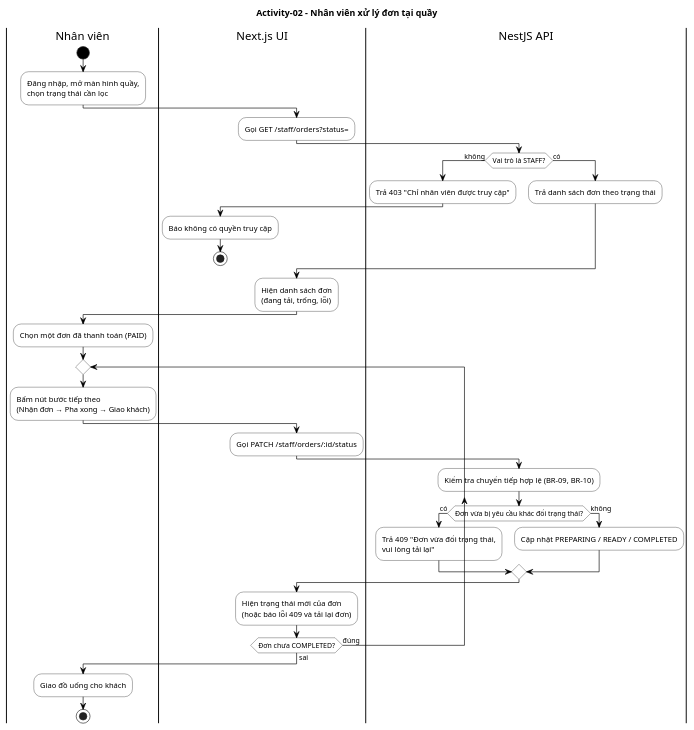
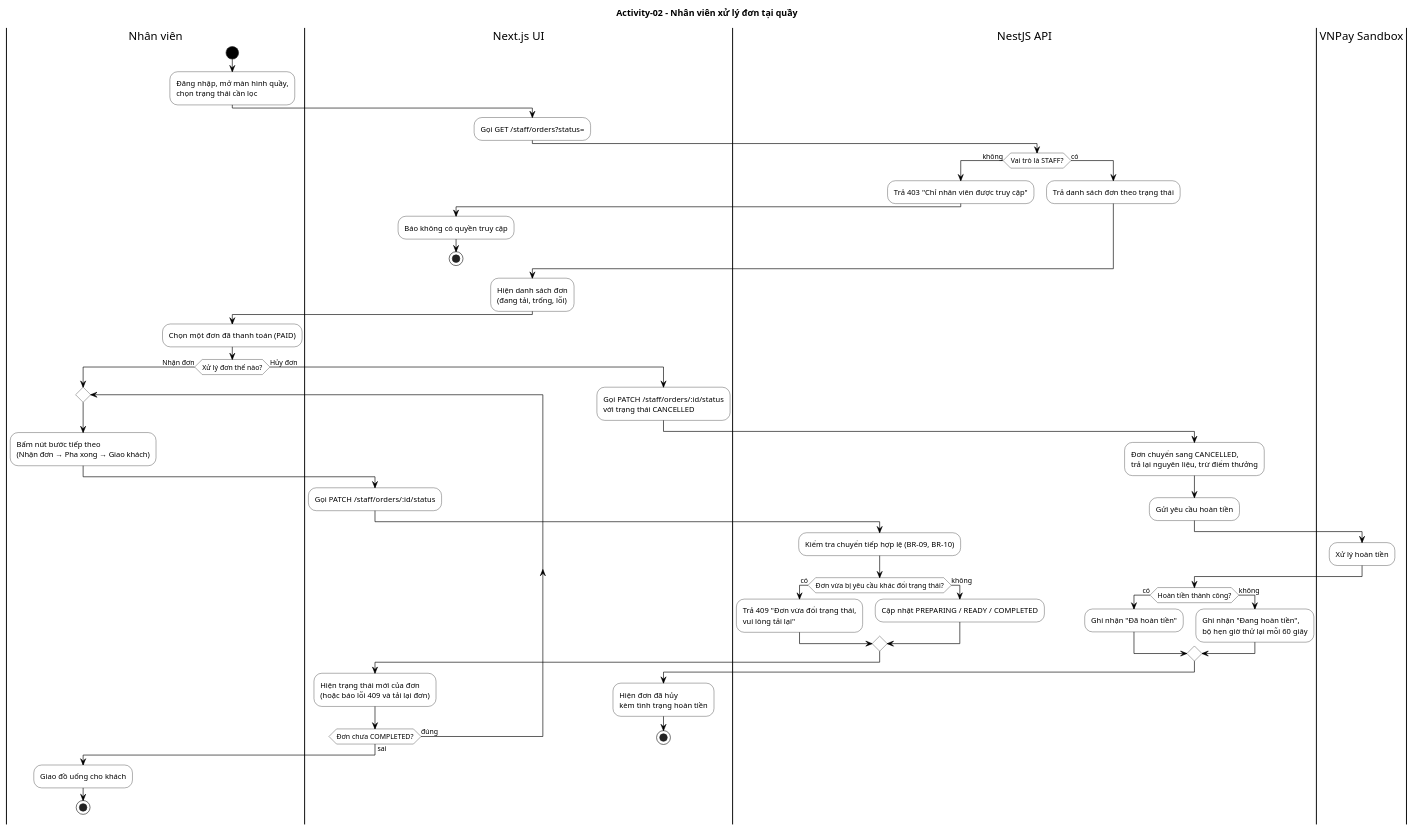
The diagram in docs/diagrams/activity-02-nhan-vien-xu-ly-don.puml (phi10hung/brewlite-ass2), drawn with PlantUML before and after one commit.

Commit message:
docs: thêm nhánh hủy đơn và hoàn tiền vào activity diagram nhân viên

```diff
--- a/docs/diagrams/activity-02-nhan-vien-xu-ly-don.puml
+++ b/docs/diagrams/activity-02-nhan-vien-xu-ly-don.puml
@@ -1,60 +1,84 @@
 @startuml activity-02-nhan-vien-xu-ly-don
 title Activity-02 – Nhân viên xử lý đơn tại quầy
 skinparam shadowing false
 skinparam ArrowColor black
 skinparam ActivityBackgroundColor white
 skinparam ActivityBorderColor black
 skinparam ActivityDiamondBackgroundColor white
 skinparam ActivityDiamondBorderColor black
 skinparam ActivityStartColor black
 skinparam ActivityEndColor black
 skinparam SwimlaneBorderColor black
 
 |Nhân viên|
 |Next.js UI|
 |NestJS API|
+|VNPay Sandbox|
 
 |Nhân viên|
 start
 :Đăng nhập, mở màn hình quầy,
 chọn trạng thái cần lọc;
 |Next.js UI|
 :Gọi GET /staff/orders?status=;
 |NestJS API|
 if (Vai trò là STAFF?) then (không)
   :Trả 403 "Chỉ nhân viên được truy cập";
   |Next.js UI|
   :Báo không có quyền truy cập;
   stop
 else (có)
   |NestJS API|
   :Trả danh sách đơn theo trạng thái;
 endif
 |Next.js UI|
 :Hiện danh sách đơn
 (đang tải, trống, lỗi);
 |Nhân viên|
 :Chọn một đơn đã thanh toán (PAID);
 
-repeat
+if (Xử lý đơn thế nào?) then (Nhận đơn)
+  repeat
+    |Nhân viên|
+    :Bấm nút bước tiếp theo
+    (Nhận đơn → Pha xong → Giao khách);
+    |Next.js UI|
+    :Gọi PATCH /staff/orders/:id/status;
+    |NestJS API|
+    :Kiểm tra chuyển tiếp hợp lệ (BR-09, BR-10);
+    if (Đơn vừa bị yêu cầu khác đổi trạng thái?) then (có)
+      :Trả 409 "Đơn vừa đổi trạng thái,
+      vui lòng tải lại";
+    else (không)
+      :Cập nhật PREPARING / READY / COMPLETED;
+    endif
+    |Next.js UI|
+    :Hiện trạng thái mới của đơn
+    (hoặc báo lỗi 409 và tải lại đơn);
+  repeat while (Đơn chưa COMPLETED?) is (đúng) not (sai)
   |Nhân viên|
-  :Bấm nút bước tiếp theo
-  (Nhận đơn → Pha xong → Giao khách);
+  :Giao đồ uống cho khách;
+  stop
+else (Hủy đơn)
   |Next.js UI|
-  :Gọi PATCH /staff/orders/:id/status;
+  :Gọi PATCH /staff/orders/:id/status
+  với trạng thái CANCELLED;
   |NestJS API|
-  :Kiểm tra chuyển tiếp hợp lệ (BR-09, BR-10);
-  if (Đơn vừa bị yêu cầu khác đổi trạng thái?) then (có)
-    :Trả 409 "Đơn vừa đổi trạng thái,
-    vui lòng tải lại";
+  :Đơn chuyển sang CANCELLED,
+  trả lại nguyên liệu, trừ điểm thưởng;
+  :Gửi yêu cầu hoàn tiền;
+  |VNPay Sandbox|
+  :Xử lý hoàn tiền;
+  |NestJS API|
+  if (Hoàn tiền thành công?) then (có)
+    :Ghi nhận "Đã hoàn tiền";
   else (không)
-    :Cập nhật PREPARING / READY / COMPLETED;
+    :Ghi nhận "Đang hoàn tiền",
+    bộ hẹn giờ thử lại mỗi 60 giây;
   endif
   |Next.js UI|
-  :Hiện trạng thái mới của đơn
-  (hoặc báo lỗi 409 và tải lại đơn);
-repeat while (Đơn chưa COMPLETED?) is (đúng) not (sai)
-|Nhân viên|
-:Giao đồ uống cho khách;
-stop
+  :Hiện đơn đã hủy
+  kèm tình trạng hoàn tiền;
+  stop
+endif
 @enduml
```
